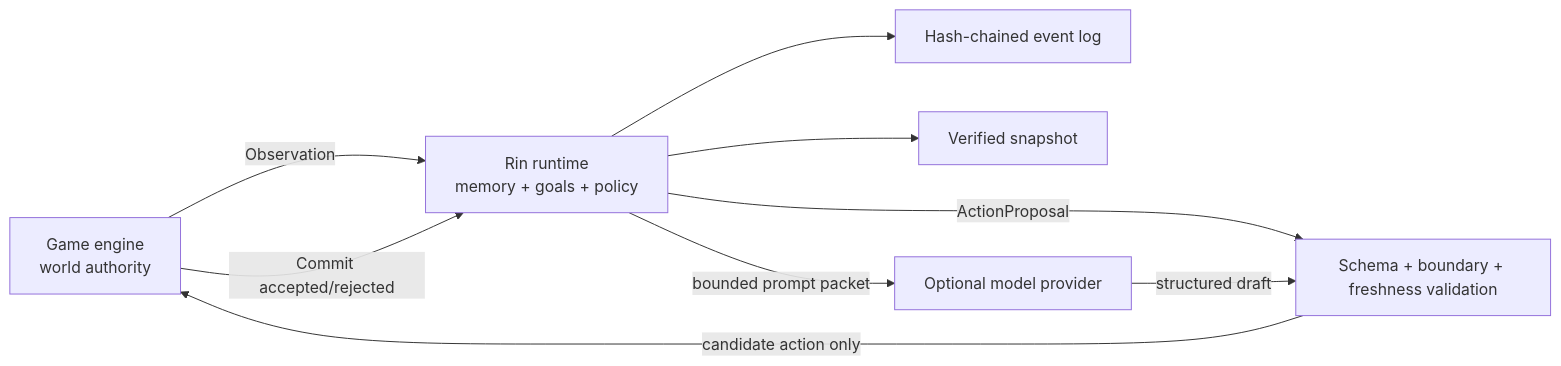
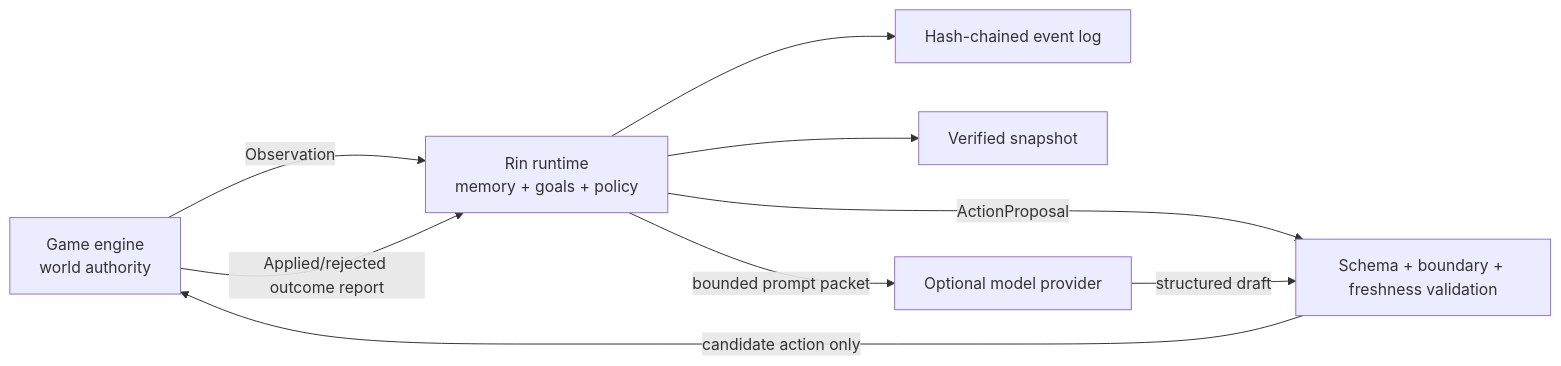
The diagram in docs/architecture.md (sunrioa/rin), drawn with Mermaid before and after one commit. The commit also changed other lines of this file and 71 other files, not shown here.

````diff
--- a/docs/architecture.md
+++ b/docs/architecture.md
@@ -10,11 +10,11 @@
 ```mermaid
 flowchart LR
     G["Game engine\nworld authority"] -->|Observation| R["Rin runtime\nmemory + goals + policy"]
     R -->|ActionProposal| V["Schema + boundary + freshness validation"]
     V -->|candidate action only| G
-    G -->|Commit accepted/rejected| R
+    G -->|Applied/rejected outcome report| R
     R --> E["Hash-chained event log"]
     R --> S["Verified snapshot"]
     R -->|"bounded prompt packet"| P["Optional model provider"]
     P -->|"structured draft"| V
 ```
````
